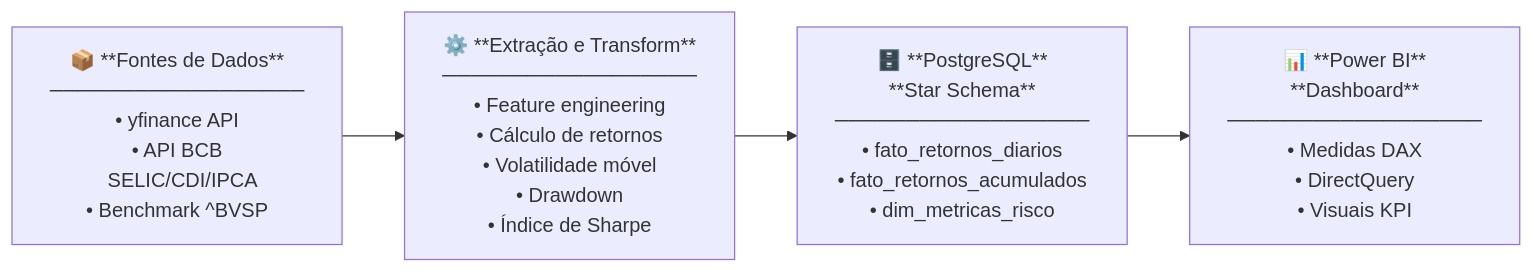
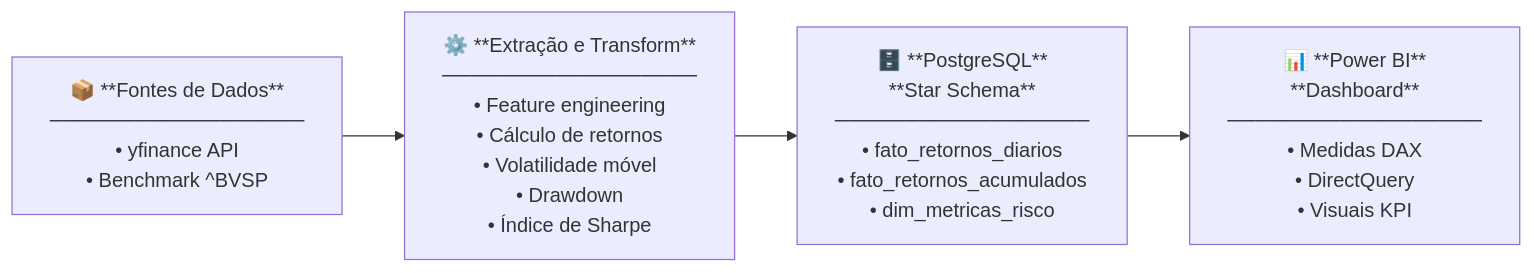
The diagram in README.md (ric-moreno/portfolio-financial-analytics), drawn with Mermaid before and after one commit.

````diff
--- a/README.md
+++ b/README.md
@@ -23,9 +23,9 @@
 ```mermaid
 flowchart LR
-    A["📦 **Fontes de Dados**\n──────────────────\n• yfinance API\n• API BCB\n  SELIC/CDI/IPCA\n• Benchmark ^BVSP"]
+    A["📦 **Fontes de Dados**\n──────────────────\n• yfinance API\n• Benchmark ^BVSP"]
     B["⚙️ **Extração e Transform**\n──────────────────\n• Feature engineering\n• Cálculo de retornos\n• Volatilidade móvel\n• Drawdown\n• Índice de Sharpe"]
     C["🗄️ **PostgreSQL**\n**Star Schema**\n──────────────────\n• fato_retornos_diarios\n• fato_retornos_acumulados\n• dim_metricas_risco"]
     D["📊 **Power BI**\n**Dashboard**\n──────────────────\n• Medidas DAX\n• DirectQuery\n• Visuais KPI"]
 
     A --> B --> C --> D
 ```
````
